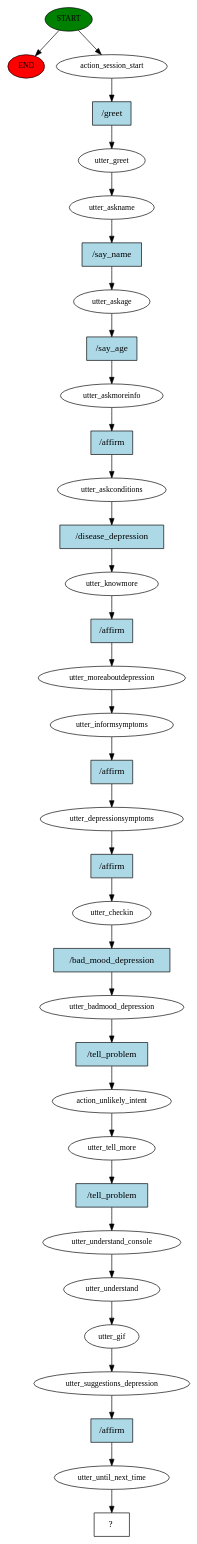
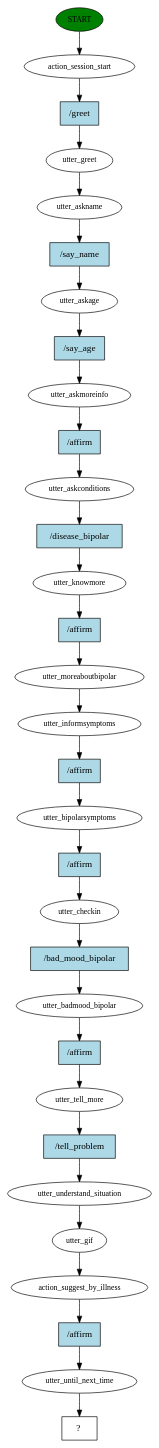
One commit to josemmsantos14/-ambinteligentes_tp2 changed the diagram in chatbot/story_graph.dot. Above: the diagram before and after it, drawn with Graphviz. The commit also changed 719 other files, not shown here.

```diff
--- a/chatbot/story_graph.dot
+++ b/chatbot/story_graph.dot
@@ -1,69 +1,63 @@
 digraph  {
 0 [class="start active", fillcolor=green, fontsize=12, label=START, style=filled];
-"-1" [class=end, fillcolor=red, fontsize=12, label=END, style=filled];
 1 [class=active, fontsize=12, label=action_session_start];
 2 [class=active, fontsize=12, label=utter_greet];
 3 [class=active, fontsize=12, label=utter_askname];
 4 [class=active, fontsize=12, label=utter_askage];
 5 [class=active, fontsize=12, label=utter_askmoreinfo];
 6 [class=active, fontsize=12, label=utter_askconditions];
 7 [class=active, fontsize=12, label=utter_knowmore];
-8 [class=active, fontsize=12, label=utter_moreaboutdepression];
+8 [class=active, fontsize=12, label=utter_moreaboutbipolar];
 9 [class=active, fontsize=12, label=utter_informsymptoms];
-10 [class=active, fontsize=12, label=utter_depressionsymptoms];
+10 [class=active, fontsize=12, label=utter_bipolarsymptoms];
 11 [class=active, fontsize=12, label=utter_checkin];
-12 [class=active, fontsize=12, label=utter_badmood_depression];
-13 [class=active, fontsize=12, label=action_unlikely_intent];
-14 [class=active, fontsize=12, label=utter_tell_more];
-15 [class=active, fontsize=12, label=utter_understand_console];
-16 [class=active, fontsize=12, label=utter_understand];
-17 [class=active, fontsize=12, label=utter_gif];
-18 [class=active, fontsize=12, label=utter_suggestions_depression];
-19 [class=active, fontsize=12, label=utter_until_next_time];
-20 [class="intent dashed active", label="  ?  ", shape=rect];
-21 [class="intent active", fillcolor=lightblue, label="/greet", shape=rect, style=filled];
-22 [class="intent active", fillcolor=lightblue, label="/say_name", shape=rect, style=filled];
-23 [class="intent active", fillcolor=lightblue, label="/say_age", shape=rect, style=filled];
+12 [class=active, fontsize=12, label=utter_badmood_bipolar];
+13 [class=active, fontsize=12, label=utter_tell_more];
+14 [class=active, fontsize=12, label=utter_understand_situation];
+15 [class=active, fontsize=12, label=utter_gif];
+16 [class=active, fontsize=12, label=action_suggest_by_illness];
+17 [class=active, fontsize=12, label=utter_until_next_time];
+18 [class="intent dashed active", label="  ?  ", shape=rect];
+19 [class="intent active", fillcolor=lightblue, label="/greet", shape=rect, style=filled];
+20 [class="intent active", fillcolor=lightblue, label="/say_name", shape=rect, style=filled];
+21 [class="intent active", fillcolor=lightblue, label="/say_age", shape=rect, style=filled];
+22 [class="intent active", fillcolor=lightblue, label="/affirm", shape=rect, style=filled];
+23 [class="intent active", fillcolor=lightblue, label="/disease_bipolar", shape=rect, style=filled];
 24 [class="intent active", fillcolor=lightblue, label="/affirm", shape=rect, style=filled];
-25 [class="intent active", fillcolor=lightblue, label="/disease_depression", shape=rect, style=filled];
+25 [class="intent active", fillcolor=lightblue, label="/affirm", shape=rect, style=filled];
 26 [class="intent active", fillcolor=lightblue, label="/affirm", shape=rect, style=filled];
-27 [class="intent active", fillcolor=lightblue, label="/affirm", shape=rect, style=filled];
+27 [class="intent active", fillcolor=lightblue, label="/bad_mood_bipolar", shape=rect, style=filled];
 28 [class="intent active", fillcolor=lightblue, label="/affirm", shape=rect, style=filled];
-29 [class="intent active", fillcolor=lightblue, label="/bad_mood_depression", shape=rect, style=filled];
-30 [class="intent active", fillcolor=lightblue, label="/tell_problem", shape=rect, style=filled];
-31 [class="intent active", fillcolor=lightblue, label="/tell_problem", shape=rect, style=filled];
-32 [class="intent active", fillcolor=lightblue, label="/affirm", shape=rect, style=filled];
-0 -> "-1"  [class="", key=NONE, label=""];
+29 [class="intent active", fillcolor=lightblue, label="/tell_problem", shape=rect, style=filled];
+30 [class="intent active", fillcolor=lightblue, label="/affirm", shape=rect, style=filled];
 0 -> 1  [class=active, key=NONE, label=""];
-1 -> 21  [class=active, key=0];
+1 -> 19  [class=active, key=0];
 2 -> 3  [class=active, key=NONE, label=""];
-3 -> 22  [class=active, key=0];
-4 -> 23  [class=active, key=0];
-5 -> 24  [class=active, key=0];
-6 -> 25  [class=active, key=0];
-7 -> 26  [class=active, key=0];
+3 -> 20  [class=active, key=0];
+4 -> 21  [class=active, key=0];
+5 -> 22  [class=active, key=0];
+6 -> 23  [class=active, key=0];
+7 -> 24  [class=active, key=0];
 8 -> 9  [class=active, key=NONE, label=""];
-9 -> 27  [class=active, key=0];
-10 -> 28  [class=active, key=0];
-11 -> 29  [class=active, key=0];
-12 -> 30  [class=active, key=0];
-13 -> 14  [class=active, key=NONE, label=""];
-14 -> 31  [class=active, key=0];
+9 -> 25  [class=active, key=0];
+10 -> 26  [class=active, key=0];
+11 -> 27  [class=active, key=0];
+12 -> 28  [class=active, key=0];
+13 -> 29  [class=active, key=0];
+14 -> 15  [class=active, key=NONE, label=""];
 15 -> 16  [class=active, key=NONE, label=""];
-16 -> 17  [class=active, key=NONE, label=""];
+16 -> 30  [class=active, key=0];
 17 -> 18  [class=active, key=NONE, label=""];
-18 -> 32  [class=active, key=0];
-19 -> 20  [class=active, key=NONE, label=""];
-21 -> 2  [class=active, key=0];
-22 -> 4  [class=active, key=0];
-23 -> 5  [class=active, key=0];
-24 -> 6  [class=active, key=0];
-25 -> 7  [class=active, key=0];
-26 -> 8  [class=active, key=0];
-27 -> 10  [class=active, key=0];
-28 -> 11  [class=active, key=0];
-29 -> 12  [class=active, key=0];
-30 -> 13  [class=active, key=0];
-31 -> 15  [class=active, key=0];
-32 -> 19  [class=active, key=0];
+19 -> 2  [class=active, key=0];
+20 -> 4  [class=active, key=0];
+21 -> 5  [class=active, key=0];
+22 -> 6  [class=active, key=0];
+23 -> 7  [class=active, key=0];
+24 -> 8  [class=active, key=0];
+25 -> 10  [class=active, key=0];
+26 -> 11  [class=active, key=0];
+27 -> 12  [class=active, key=0];
+28 -> 13  [class=active, key=0];
+29 -> 14  [class=active, key=0];
+30 -> 17  [class=active, key=0];
 }
```
